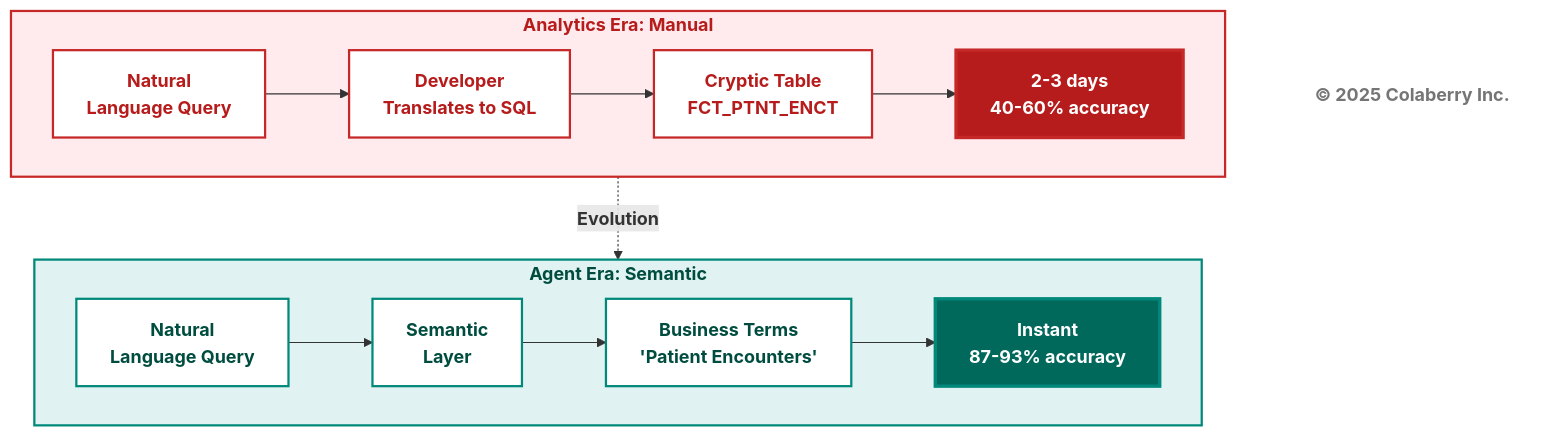
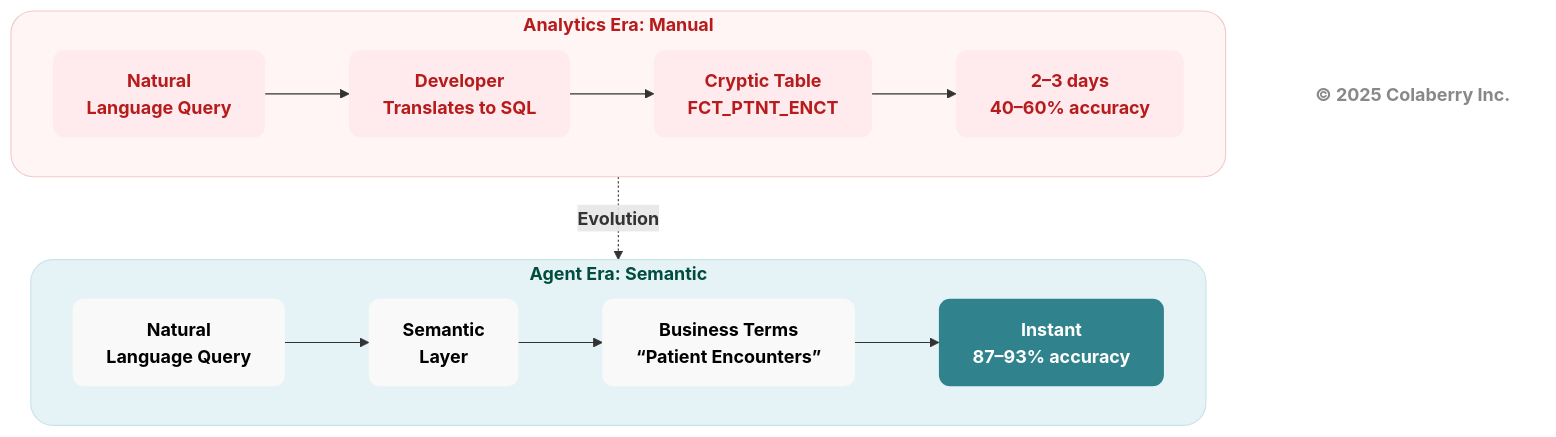
Before and after one commit to saitejesh-cyber/trust-before-intelligence-book: the eighth of 12 diagrams in manuscript/03_chapter_2_inpact_framework.md, drawn with Mermaid. The commit also changed other lines of this file and 4 other files, not shown here.

Commit message:
Chapter 1to5: Updated mermaid diagrams based on new colaberry color code

````diff
--- a/manuscript/03_chapter_2_inpact_framework.md
+++ b/manuscript/03_chapter_2_inpact_framework.md
@@ -543,35 +571,40 @@
 ```mermaid
 graph TB
     subgraph ERA1["<b>Analytics Era: Manual</b>"]
         direction LR
         A1["<b>Natural<br/>Language Query</b>"] --> B1["<b>Developer<br/>Translates to SQL</b>"]
         B1 --> C1["<b>Cryptic Table<br/>FCT_PTNT_ENCT</b>"]
-        C1 --> D1["<b>2-3 days<br/>40-60% accuracy</b>"]
+        C1 --> D1["<b>2–3 days<br/>40–60% accuracy</b>"]
         
-        style D1 fill:#b71c1c,color:#ffffff,stroke:#c62828,stroke-width:3px
+        %% 🔴 CRITICAL FAILURE
+        style D1 fill:#990000,stroke:#b71c1c,stroke-width:1px,color:#ffffff,rx:10,ry:10
     end
     
+    %% 🔵 TRANSITION
     ERA1 -.->|<b>Evolution</b>| ERA2
     
     subgraph ERA2["<b>Agent Era: Semantic</b>"]
         direction LR
         A2["<b>Natural<br/>Language Query</b>"] --> B2["<b>Semantic<br/>Layer</b>"]
-        B2 --> C2["<b>Business Terms<br/>'Patient Encounters'</b>"]
-        C2 --> D2["<b>Instant<br/>87-93% accuracy</b>"]
-        
-        style D2 fill:#00695c,color:#ffffff,stroke:#00897b,stroke-width:3px
+        B2 --> C2["<b>Business Terms<br/>“Patient Encounters”</b>"]
+        C2 --> D2["<b>Instant<br/>87–93% accuracy</b>"]
     end
-    
-    style ERA1 fill:#ffebee,stroke:#c62828,stroke-width:2px,color:#b71c1c
-    style A1 fill:#ffffff,stroke:#c62828,stroke-width:2px,color:#b71c1c
-    style B1 fill:#ffffff,stroke:#c62828,stroke-width:2px,color:#b71c1c
-    style C1 fill:#ffffff,stroke:#c62828,stroke-width:2px,color:#b71c1c
-    
-    style ERA2 fill:#e0f2f1,stroke:#00897b,stroke-width:2px,color:#004d40
-    style A2 fill:#ffffff,stroke:#00897b,stroke-width:2px,color:#004d40
-    style B2 fill:#ffffff,stroke:#00897b,stroke-width:2px,color:#004d40
-    style C2 fill:#ffffff,stroke:#00897b,stroke-width:2px,color:#004d40
-    
+
+    %% 🔴 FAILURE / HUMAN ERA
+    style ERA1 fill:#fff5f5,stroke:#f2caca,stroke-width:1px,color:#b71c1c,rx:20,ry:20
+    style A1 fill:#ffebee,stroke:none,color:#b71c1c,rx:10,ry:10
+    style B1 fill:#ffebee,stroke:none,color:#b71c1c,rx:10,ry:10
+    style C1 fill:#ffebee,stroke:none,color:#b71c1c,rx:10,ry:10
+    style D1 fill:#ffebee,stroke:none,color:#b71c1c,rx:10,ry:10
+
+    %% 🟢 TRUSTED / AGENT ERA
+    style ERA2 fill:#e6f3f6,stroke:#c7e3ea,stroke-width:1px,color:#004d40,rx:20,ry:20
+    style A2 fill:#f9f9f9,stroke:none,color:#000000,rx:10,ry:10
+    style B2 fill:#f9f9f9,stroke:none,color:#000000,rx:10,ry:10
+    style C2 fill:#f9f9f9,stroke:none,color:#000000,rx:10,ry:10
+    style D2 fill:#30838C,stroke:none,color:#ffffff,rx:10,ry:10
+
+    %% FOOTER
     Copyright["<b>© 2025 Colaberry Inc.</b>"]
-    style Copyright fill:#ffffff,stroke:none,color:#757575
+    style Copyright fill:none,stroke:none,color:#888888
 ```
````
